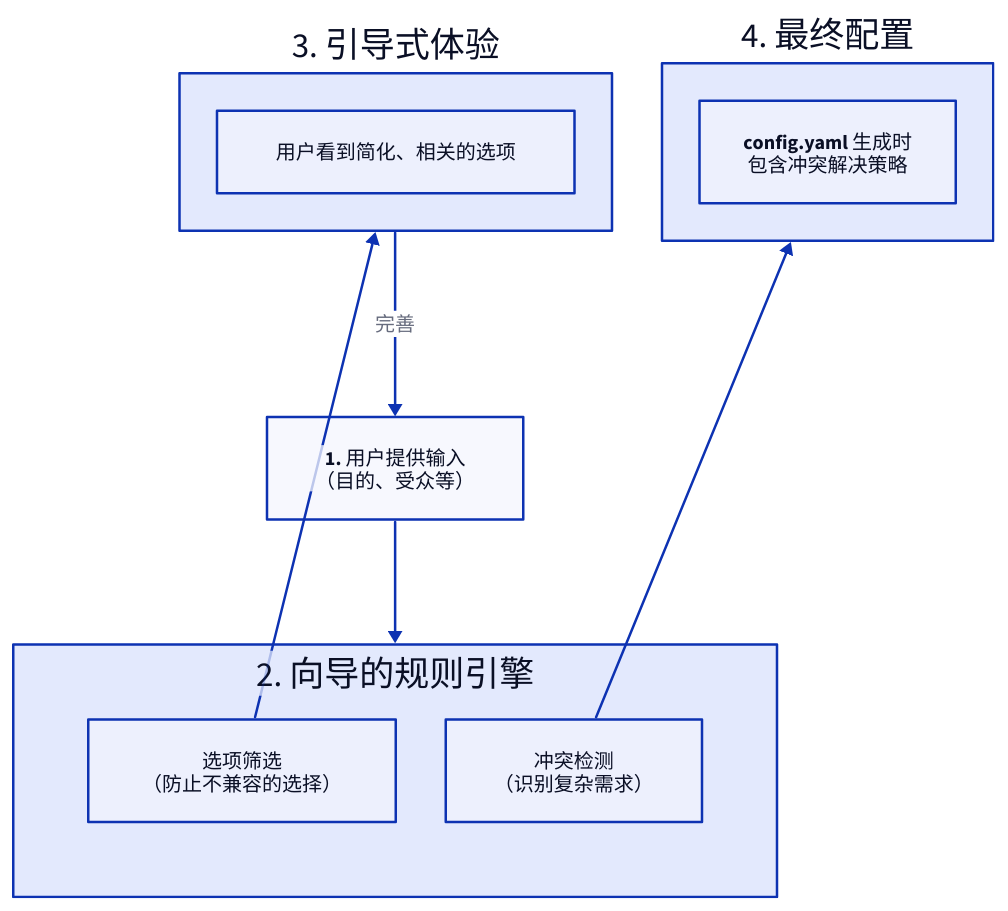
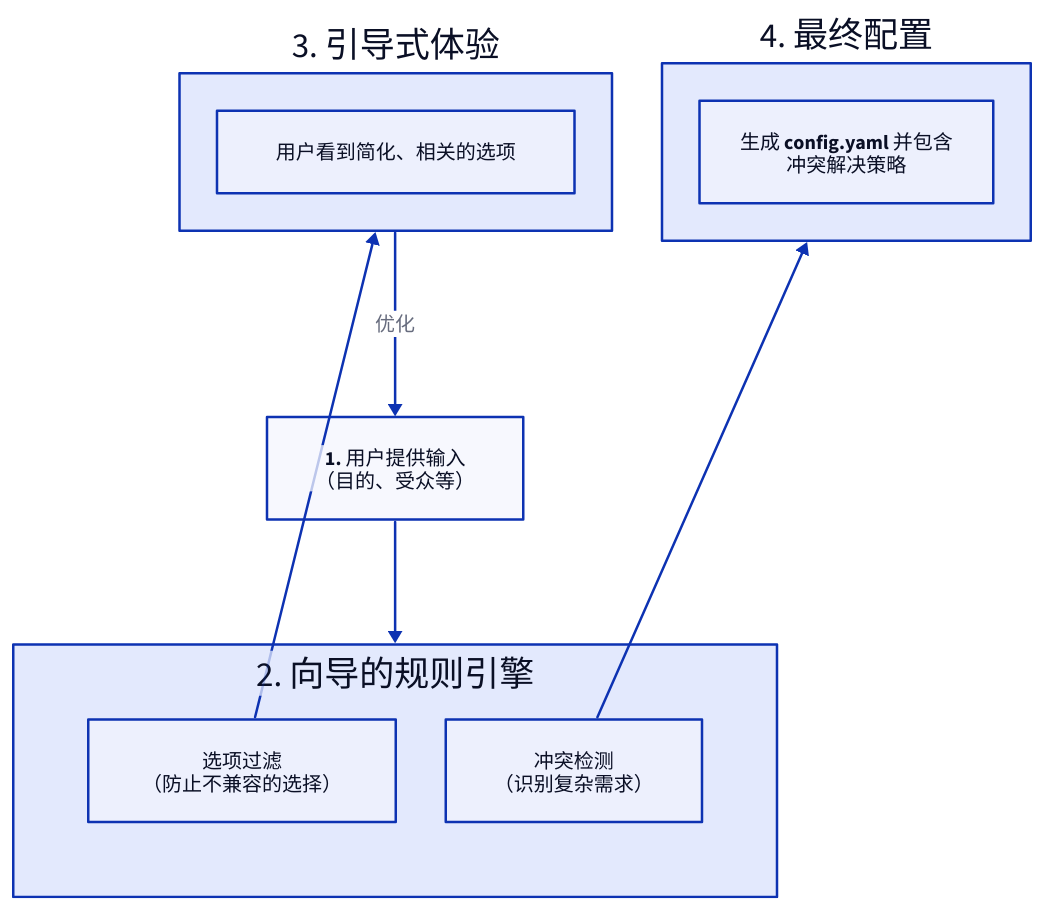
The diagram in docs/configuration-interactive-setup.zh.md (AIGNE-io/aigne-doc-smith), drawn with D2 before and after one commit. The commit also changed other lines of this file and 52 other files, not shown here.

````diff
--- a/docs/configuration-interactive-setup.zh.md
+++ b/docs/configuration-interactive-setup.zh.md
@@ -32,38 +32,38 @@
 ```d2
 direction: down
 
 User-Selections: {
   label: "1. 用户提供输入\n（目的、受众等）"
   shape: rectangle
 }
 
 Wizard-Engine: {
   label: "2. 向导的规则引擎"
   shape: rectangle
   grid-columns: 2
 
   Filtering: {
-    label: "选项筛选\n（防止不兼容的选择）"
+    label: "选项过滤\n（防止不兼容的选择）"
   }
 
   Conflict-Detection: {
     label: "冲突检测\n（识别复杂需求）"
   }
 }
 
 Guided-Experience: {
   label: "3. 引导式体验"
   shape: rectangle
   content: "用户看到简化、相关的选项"
 }
 
 Final-Config: {
   label: "4. 最终配置"
-  content: "config.yaml 生成时\n包含冲突解决策略"
+  content: "生成 config.yaml 并包含\n冲突解决策略"
 }
 
 User-Selections -> Wizard-Engine
 Wizard-Engine.Filtering -> Guided-Experience
 Wizard-Engine.Conflict-Detection -> Final-Config
-Guided-Experience -> User-Selections: "完善"
+Guided-Experience -> User-Selections: "优化"
 ```
````
